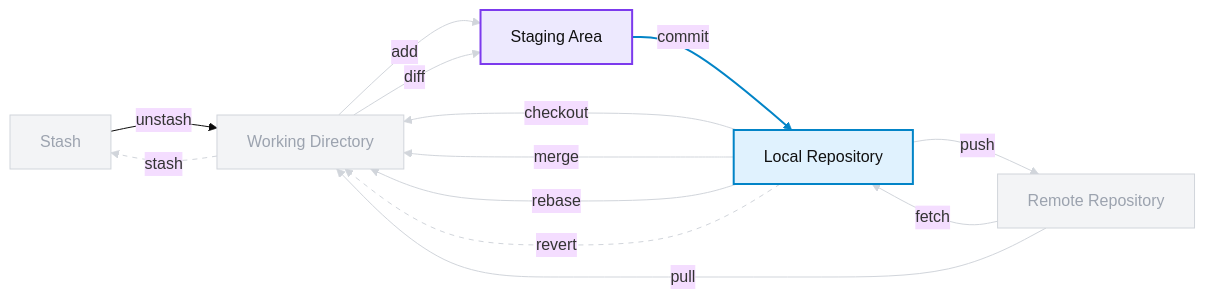
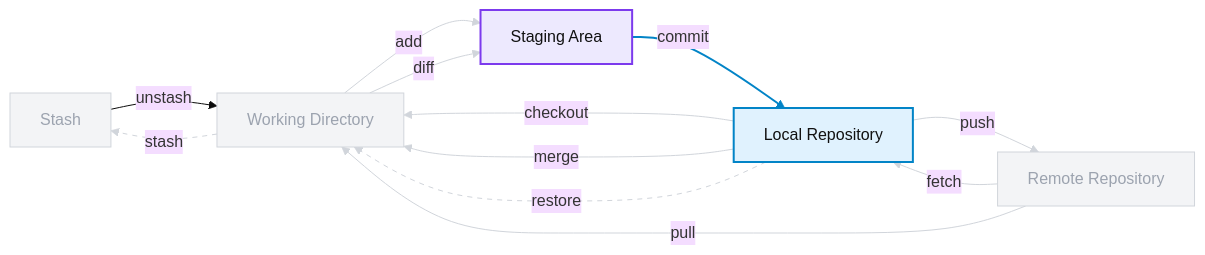
The fifth of 8 diagrams in git_1/README.md (iannickgagnon/sagedays_iannick_2026), drawn with Mermaid (base theme) before and after one commit. The commit also changed other lines of this file, not shown here.

Commit message:
docs: Update diagrams

````diff
--- a/git_1/README.md
+++ b/git_1/README.md
@@ -290,40 +276,38 @@
 ```mermaid
 flowchart LR
 
     classDef faded fill:#f3f4f6,stroke:#d1d5db,stroke-width:1px,color:#9ca3af;
     classDef stage fill:#ede9fe,stroke:#7c3aed,stroke-width:2px,color:#111111;
     classDef local fill:#e0f2fe,stroke:#0284c7,stroke-width:2px,color:#111111;
 
     ST[Stash]:::faded
     WD[Working Directory]:::faded
     SA[Staging Area]:::stage
     LR[Local Repository]:::local
     RR[Remote Repository]:::faded
 
     SA -->|commit| LR
 
     WD -->|add| SA
     LR -->|push| RR
     RR -->|fetch| LR
     RR -->|pull| WD
     LR -->|checkout| WD
     LR -->|merge| WD
-    LR -->|rebase| WD
-    LR -->|revert| WD
+    LR -->|restore| WD
     WD -->|diff| SA
     WD -->|stash| ST
     ST -->|unstash| WD
 
     linkStyle 0 stroke:#0284c7,stroke-width:2px;
 
     linkStyle 1 stroke:#d1d5db,stroke-width:1px;
     linkStyle 2 stroke:#d1d5db,stroke-width:1px;
     linkStyle 3 stroke:#d1d5db,stroke-width:1px;
     linkStyle 4 stroke:#d1d5db,stroke-width:1px;
     linkStyle 5 stroke:#d1d5db,stroke-width:1px;
     linkStyle 6 stroke:#d1d5db,stroke-width:1px;
-    linkStyle 7 stroke:#d1d5db,stroke-width:1px;
-    linkStyle 8 stroke:#d1d5db,stroke-width:1px,stroke-dasharray: 5 5;
-    linkStyle 9 stroke:#d1d5db,stroke-width:1px;
-    linkStyle 10 stroke:#d1d5db,stroke-width:1px,stroke-dasharray: 5 5;
+    linkStyle 7 stroke:#d1d5db,stroke-width:1px,stroke-dasharray: 5 5;
+    linkStyle 8 stroke:#d1d5db,stroke-width:1px;
+    linkStyle 9 stroke:#d1d5db,stroke-width:1px,stroke-dasharray: 5 5;
 ```
````
